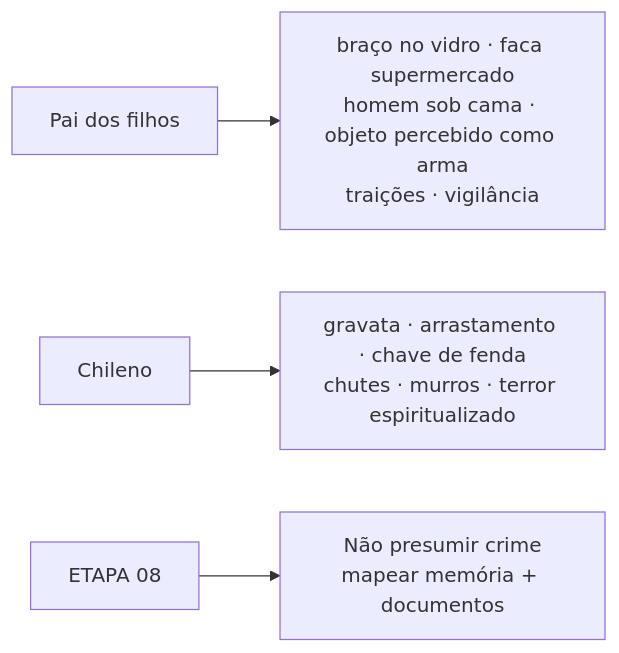
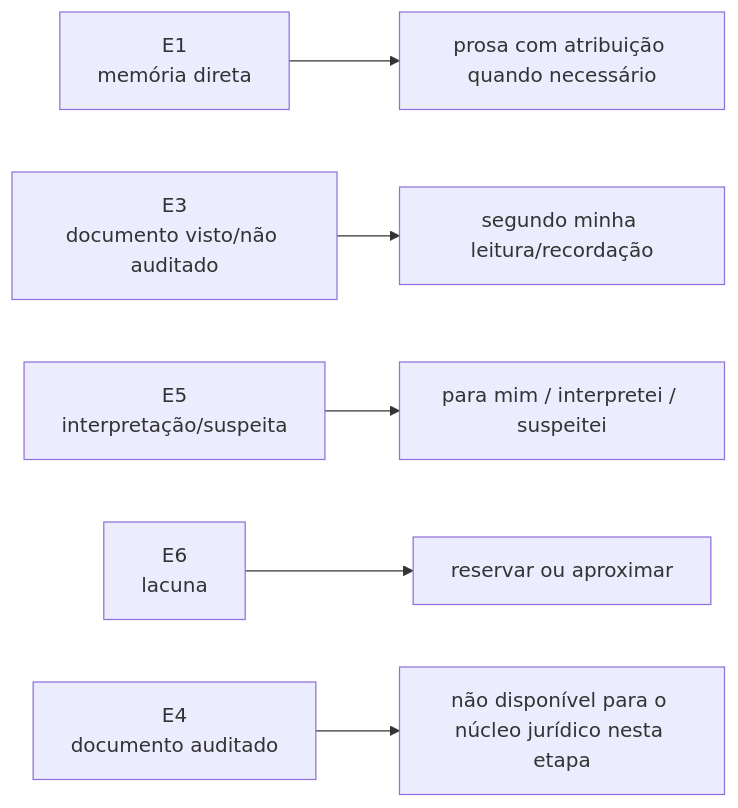
Before and after one commit to Sollimastudio/trilogia-sol-lima: the fifth of 5 diagrams in 01_MORTE_EM_VIDA/MAPA_VISUAL_PARTE_III_ATUAL.md, drawn with Mermaid. The commit also changed other lines of this file, not shown here.

Commit message:
Atualiza mapa visual da Parte III para Etapa 08

````diff
--- a/01_MORTE_EM_VIDA/MAPA_VISUAL_PARTE_III_ATUAL.md
+++ b/01_MORTE_EM_VIDA/MAPA_VISUAL_PARTE_III_ATUAL.md
@@ -52,6 +60,8 @@
 ```mermaid
 flowchart LR
-A[Pai dos filhos] --> B[braço no vidro · faca supermercado\nhomem sob cama · objeto percebido como arma\ntraições · vigilância]
-C[Chileno] --> D[gravata · arrastamento · chave de fenda\nchutes · murros · terror espiritualizado]
-E[ETAPA 08] --> F[Não presumir crime\nmapear memória + documentos]
+A[E1\nmemória direta] --> F[prosa com atribuição quando necessário]
+B[E3\ndocumento visto/não auditado] --> G[segundo minha leitura/recordação]
+C[E5\ninterpretação/suspeita] --> H[para mim / interpretei / suspeitei]
+D[E6\nlacuna] --> I[reservar ou aproximar]
+E[E4\ndocumento auditado] --> J[não disponível para o núcleo jurídico nesta etapa]
 ```
````
